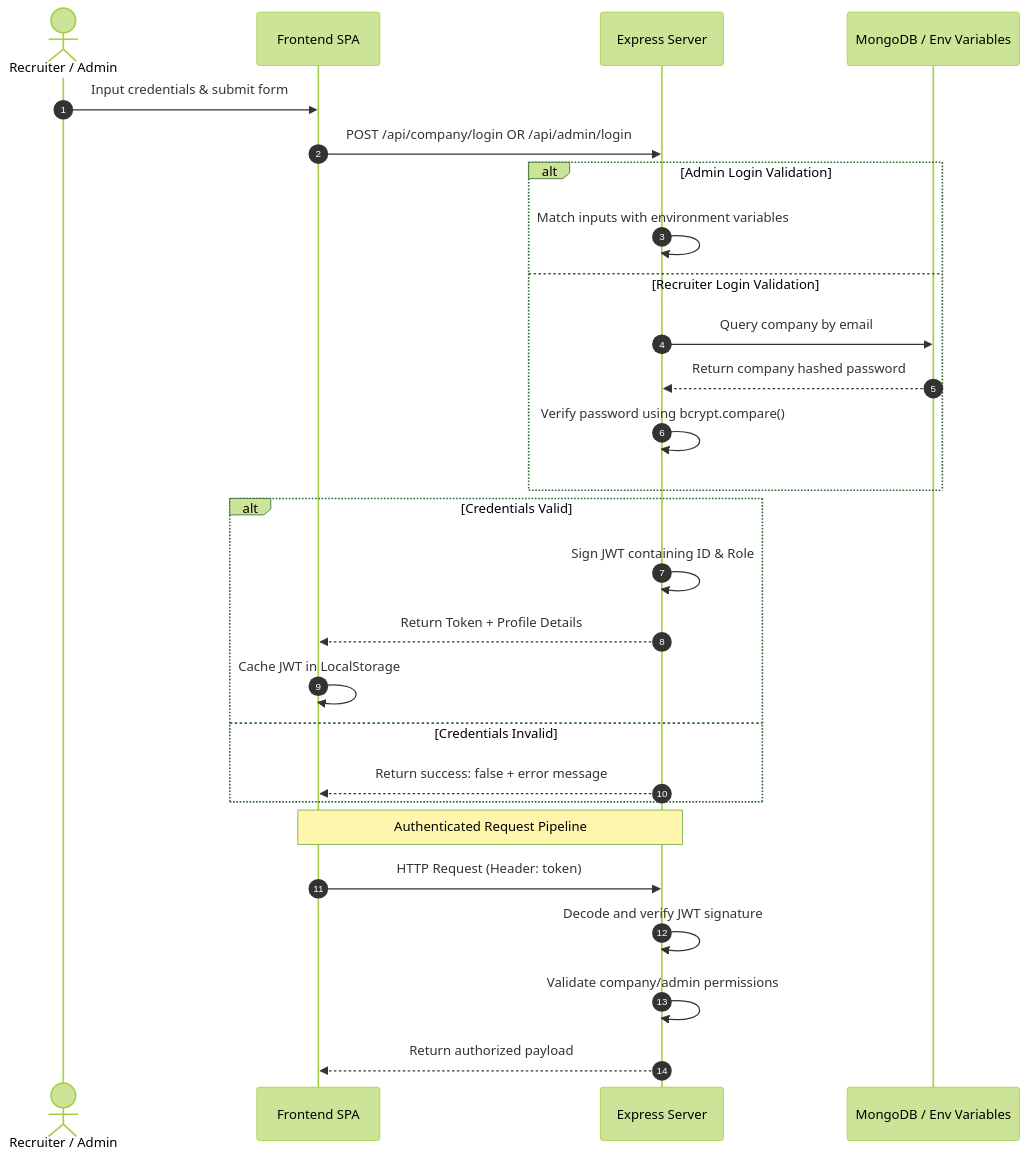
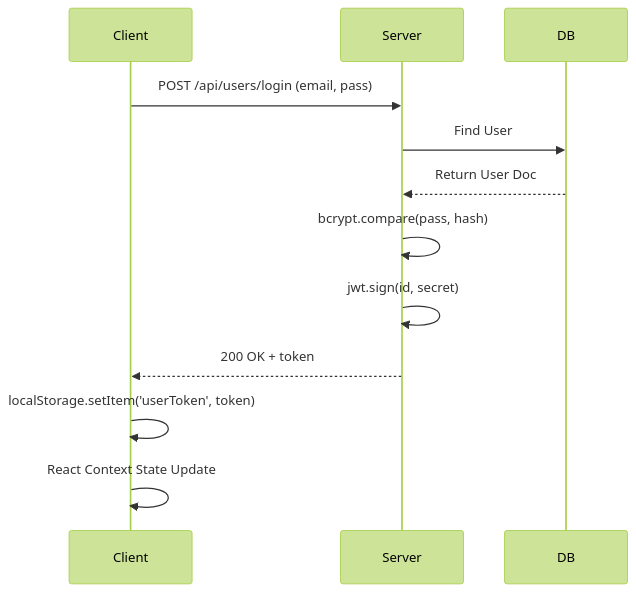
Before and after one commit to SarthakDudhe/InsiderJobs: the second of 3 diagrams in README.md, drawn with Mermaid (forest theme). The commit also changed other lines of this file, not shown here.

````diff
--- a/README.md
+++ b/README.md
@@ -149,32 +111,14 @@
 ```mermaid
 sequenceDiagram
-    autonumber
-    actor User as Recruiter / Admin
-    participant Client as Frontend SPA
-    participant Server as Express Server
-    participant DB as MongoDB / Env Variables
-
-    User->>Client: Input credentials & submit form
-    Client->>Server: POST /api/company/login OR /api/admin/login
-    alt Admin Login Validation
-        Server->>Server: Match inputs with environment variables
-    else Recruiter Login Validation
-        Server->>DB: Query company by email
-        DB-->>Server: Return company hashed password
-        Server->>Server: Verify password using bcrypt.compare()
-    end
-    
-    alt Credentials Valid
-        Server->>Server: Sign JWT containing ID & Role
-        Server-->>Client: Return Token + Profile Details
-        Client->>Client: Cache JWT in LocalStorage
-    else Credentials Invalid
-        Server-->>Client: Return success: false + error message
-    end
-
-    Note over Client,Server: Authenticated Request Pipeline
-    Client->>Server: HTTP Request (Header: token)
-    Server->>Server: Decode and verify JWT signature
-    Server->>Server: Validate company/admin permissions
-    Server-->>Client: Return authorized payload
+    participant Client
+    participant Server
+    participant DB
+    Client->>Server: POST /api/users/login (email, pass)
+    Server->>DB: Find User
+    DB-->>Server: Return User Doc
+    Server->>Server: bcrypt.compare(pass, hash)
+    Server->>Server: jwt.sign(id, secret)
+    Server-->>Client: 200 OK + token
+    Client->>Client: localStorage.setItem('userToken', token)
+    Client->>Client: React Context State Update
 ```
````
